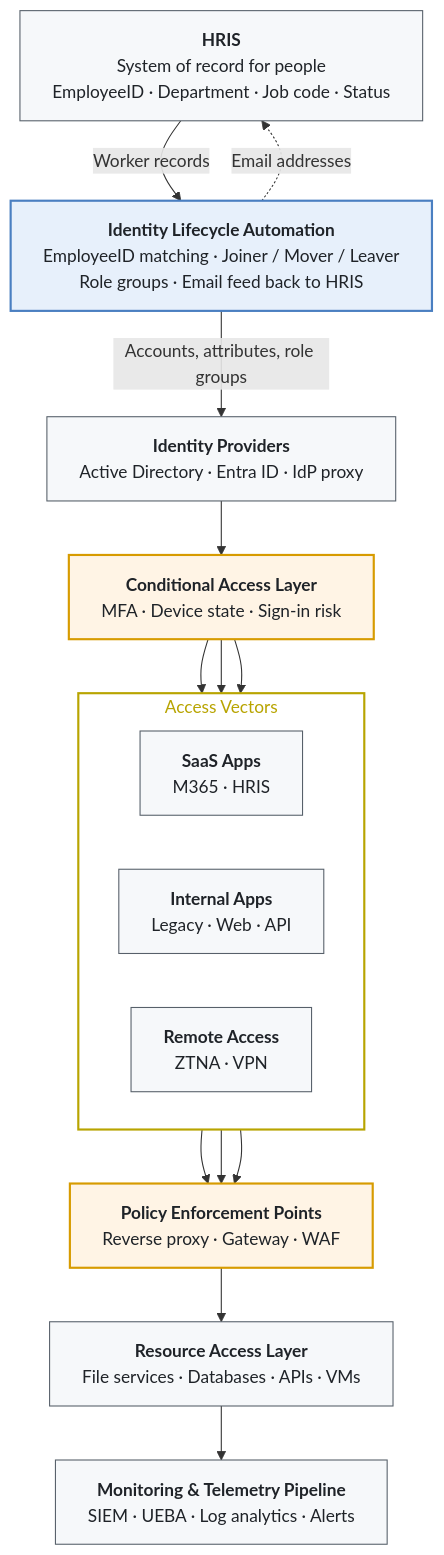
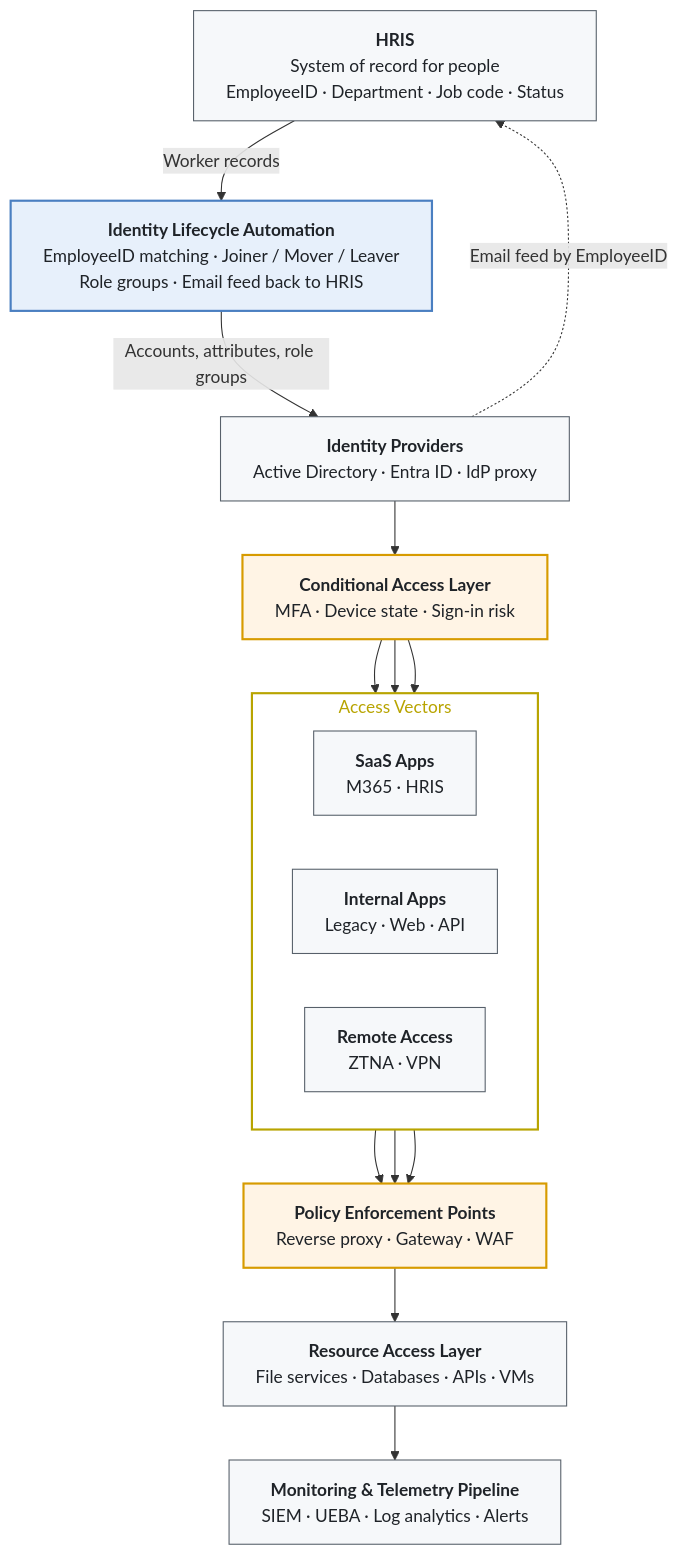
The diagram in diagrams/zero-trust-architecture.mmd (Moondark87/identity-lifecycle-automation), drawn with Mermaid before and after one commit. The commit also changed 2 other files, not shown here.

Commit message:
Draw the HRIS email feed from the directory to avoid overlapping labels

```diff
--- a/diagrams/zero-trust-architecture.mmd
+++ b/diagrams/zero-trust-architecture.mmd
@@ -1,35 +1,35 @@
 %%{init: {"flowchart": {"wrappingWidth": 420, "htmlLabels": true}}}%%
 flowchart TB
     HR["<b>HRIS</b><br/>System of record for people<br/>EmployeeID · Department · Job code · Status"]
     LC["<b>Identity Lifecycle Automation</b><br/>EmployeeID matching · Joiner / Mover / Leaver<br/>Role groups · Email feed back to HRIS"]
     IdP["<b>Identity Providers</b><br/>Active Directory · Entra ID · IdP proxy"]
     CA["<b>Conditional Access Layer</b><br/>MFA · Device state · Sign-in risk"]
 
     subgraph AV ["Access Vectors"]
         direction LR
         SaaS["<b>SaaS Apps</b><br/>M365 · HRIS"]
         Internal["<b>Internal Apps</b><br/>Legacy · Web · API"]
         Remote["<b>Remote Access</b><br/>ZTNA · VPN"]
     end
 
     PEP["<b>Policy Enforcement Points</b><br/>Reverse proxy · Gateway · WAF"]
     RES["<b>Resource Access Layer</b><br/>File services · Databases · APIs · VMs"]
     MON["<b>Monitoring & Telemetry Pipeline</b><br/>SIEM · UEBA · Log analytics · Alerts"]
 
     HR -- Worker records --> LC
     LC -- Accounts, attributes, role groups --> IdP
-    LC -. Email addresses .-> HR
+    IdP -. Email feed by EmployeeID .-> HR
     IdP --> CA
     CA --> SaaS & Internal & Remote
     SaaS & Internal & Remote --> PEP
     PEP --> RES
     RES --> MON
 
     %% Explicit colors so the diagram reads the same in light and dark themes
     classDef box fill:#f6f8fa,stroke:#57606a,color:#1f2328
     classDef control fill:#fff4e5,stroke:#d79b00,stroke-width:2px,color:#1f2328
     classDef lifecycle fill:#e7f0fb,stroke:#4a7fc1,stroke-width:2px,color:#1f2328
     class HR,IdP,SaaS,Internal,Remote,RES,MON box
     class CA,PEP control
     class LC lifecycle
     style AV fill:none,stroke:#b8a400,stroke-width:2px,color:#b8a400
```
